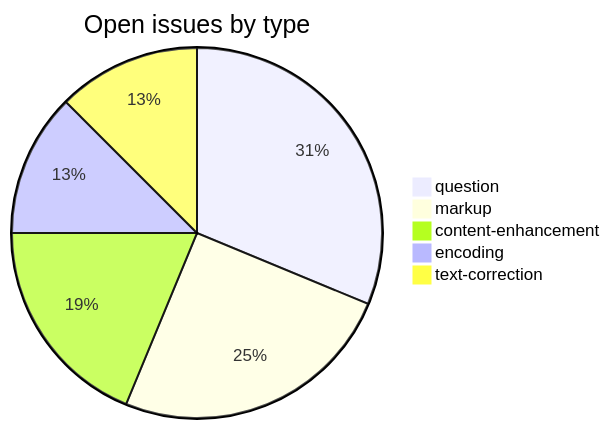
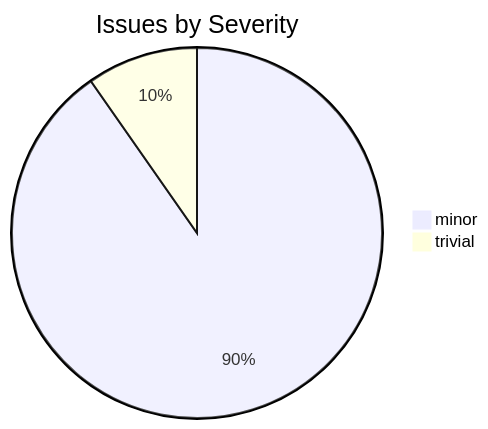
The second of 2 diagrams in README.md (sanskrit-lexicon/csl-corrections), drawn with Mermaid before and after one commit. The commit also changed other lines of this file, not shown here.

````diff
--- a/README.md
+++ b/README.md
@@ -126,8 +32,5 @@
 ```mermaid
-pie title Open issues by type
-  "question" : 5
-  "markup" : 4
-  "content-enhancement" : 3
-  "encoding" : 2
-  "text-correction" : 2
+pie title Issues by Severity
+    "minor" : 93
+    "trivial" : 10
 ```
````
